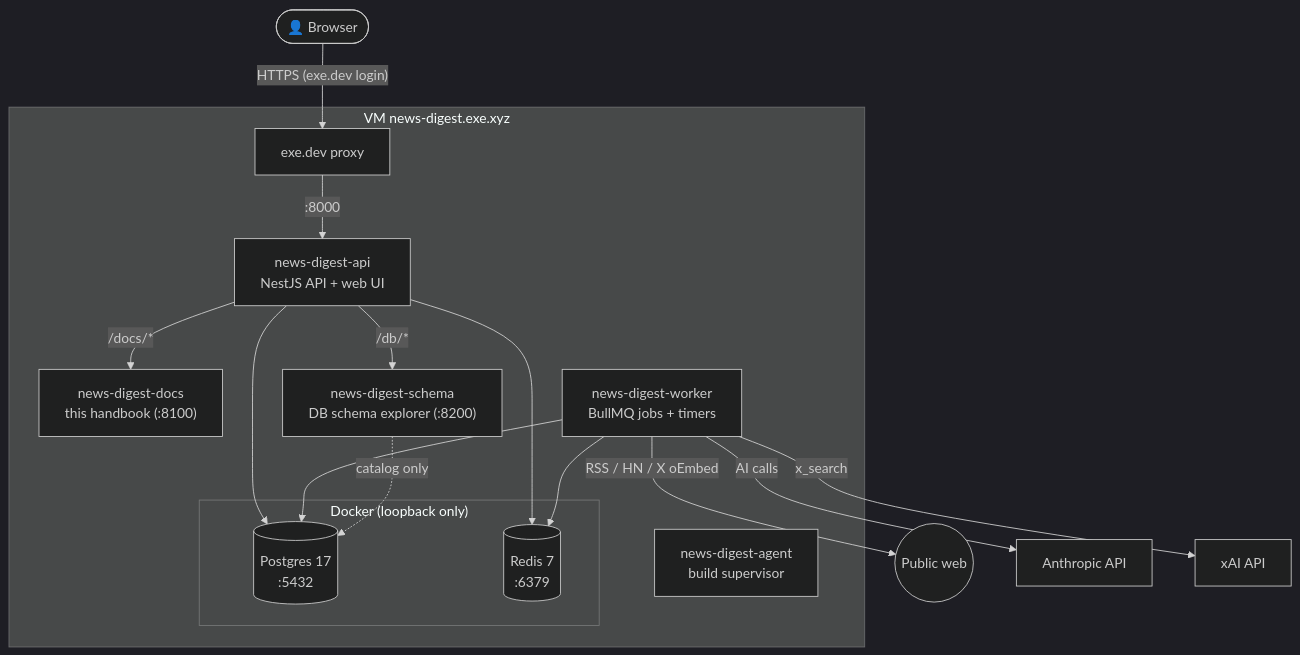
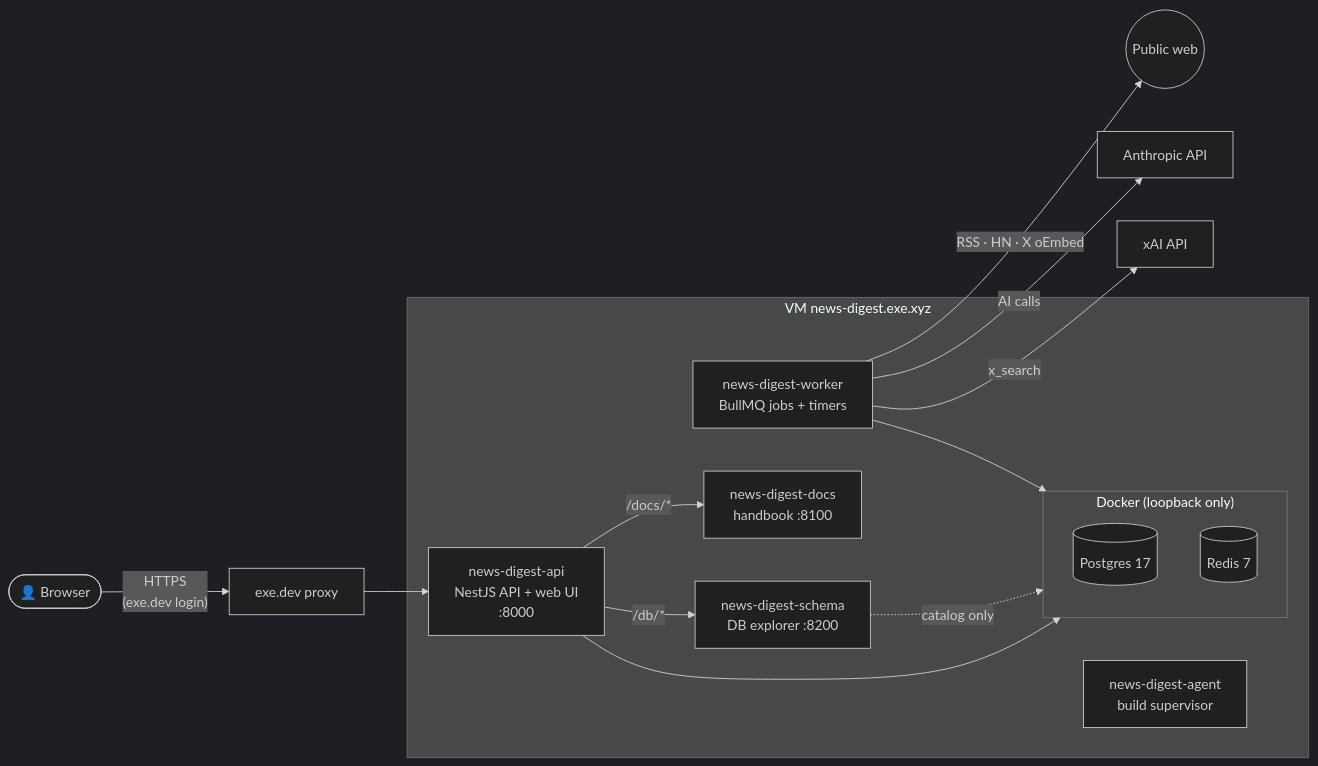
Before and after one commit to EmmadUsmani/news-digest: the diagram in docs/handbook/01-app/01-stack-and-runtime.md, drawn with Mermaid (dark theme). The commit also changed 10 other files, not shown here.

First line of the commit message:
Handbook: audit and fix every diagram for overlaps and clarity

````diff
--- a/docs/handbook/01-app/01-stack-and-runtime.md
+++ b/docs/handbook/01-app/01-stack-and-runtime.md
@@ -23,21 +23,24 @@
 ```mermaid
-flowchart TB
-  you(["👤 Browser"]) -->|"HTTPS (exe.dev login)"| proxy["exe.dev proxy"]
+flowchart LR
+  you(["👤 Browser"]) -->|"HTTPS<br/>(exe.dev login)"| proxy["exe.dev proxy"]
   subgraph vm["VM news-digest.exe.xyz"]
-    proxy -->|":8000"| api["news-digest-api<br/>NestJS API + web UI"]
-    api -->|"/docs/*"| docs["news-digest-docs<br/>this handbook (:8100)"]
-    api -->|"/db/*"| schema["news-digest-schema<br/>DB schema explorer (:8200)"]
+    api["news-digest-api<br/>NestJS API + web UI<br/>:8000"]
     worker["news-digest-worker<br/>BullMQ jobs + timers"]
+    docs["news-digest-docs<br/>handbook :8100"]
+    schema["news-digest-schema<br/>DB explorer :8200"]
+    agent["news-digest-agent<br/>build supervisor"]
     subgraph docker["Docker (loopback only)"]
-      pg[("Postgres 17<br/>:5432")]
-      redis[("Redis 7<br/>:6379")]
+      pg[("Postgres 17")]
+      redis[("Redis 7")]
     end
-    api --> pg & redis
-    worker --> pg & redis
-    schema -. "catalog only" .-> pg
-    agent["news-digest-agent<br/>build supervisor"]
+    api --> docker
+    worker --> docker
+    api -->|"/docs/*"| docs
+    api -->|"/db/*"| schema
+    schema -. "catalog only" .-> docker
   end
-  worker -->|RSS / HN / X oEmbed| web(("Public web"))
+  proxy --> api
+  worker -->|"RSS · HN · X oEmbed"| web(("Public web"))
   worker -->|"AI calls"| anthropic["Anthropic API"]
   worker -->|"x_search"| xai["xAI API"]
 ```
````
